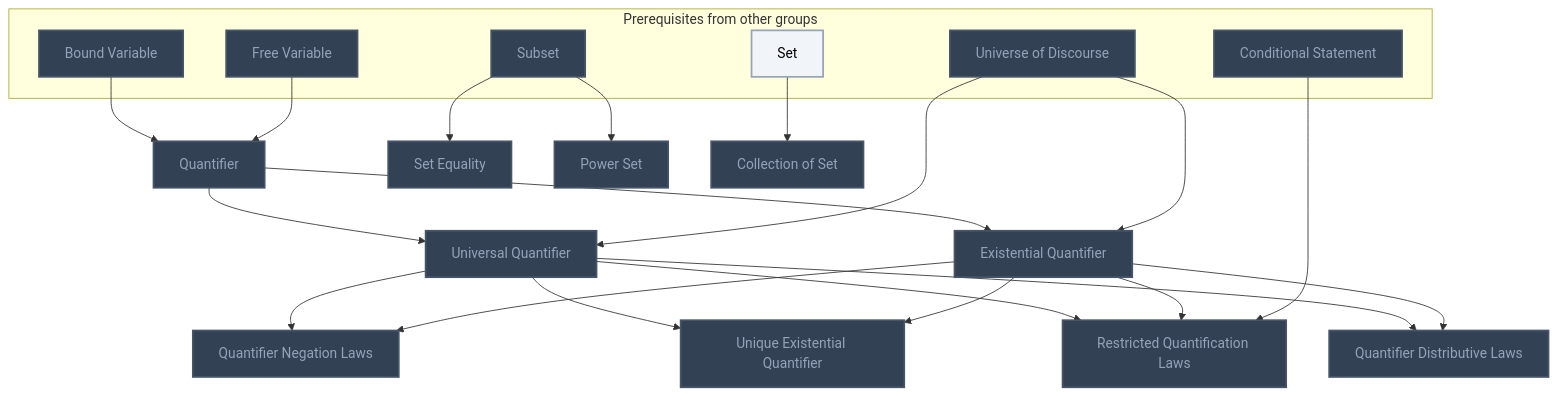
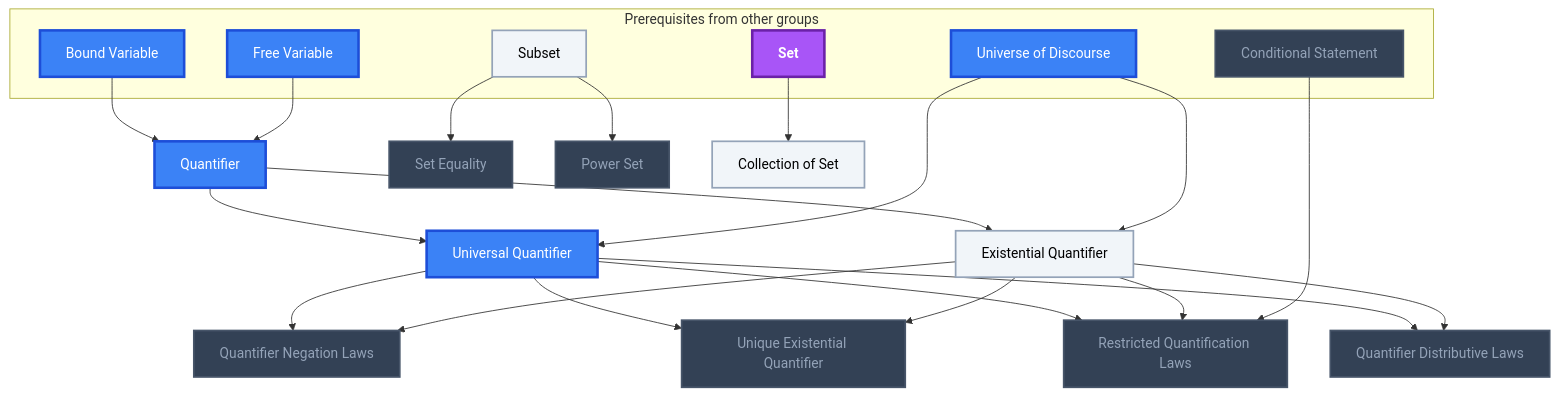
The second of 7 diagrams in Gamification/Skill Trees/Discrete Mathematics.md (MRauf1/My-Notes), drawn with Mermaid before and after one commit. The commit also changed other lines of this file and 156 other files, not shown here.

````diff
--- a/Gamification/Skill Trees/Discrete Mathematics.md
+++ b/Gamification/Skill Trees/Discrete Mathematics.md
@@ -114,51 +116,53 @@
 ```mermaid
 flowchart TD
     classDef planned fill:#1E293B,stroke:#64748B,stroke-width:2px,stroke-dasharray:5 5,color:#94A3B8;
     classDef locked fill:#334155,stroke:#475569,stroke-width:2px,color:#94A3B8;
     classDef L0 fill:#F1F5F9,stroke:#94A3B8,stroke-width:2px,color:#000000;
     classDef L1 fill:#22C55E,stroke:#15803D,stroke-width:2px,color:#000000;
     classDef L2 fill:#3B82F6,stroke:#1D4ED8,stroke-width:3px,color:#FFFFFF;
     classDef L3 fill:#A855F7,stroke:#6B21A8,stroke-width:3px,color:#FFFFFF,font-weight:bold;
     classDef L4 fill:#F97316,stroke:#C2410C,stroke-width:4px,color:#000000,font-weight:bold;
     classDef L5 fill:#FFD700,stroke:#FF8C00,stroke-width:5px,color:#000000,font-weight:bold;
     classDef rusty stroke:#8B4513,stroke-width:4px,stroke-dasharray:3 3;
     subgraph sg_prereqs["Prerequisites from other groups"]
         n_bound_variable["Bound Variable"]
         n_free_variable["Free Variable"]
         n_universe_of_discourse["Universe of Discourse"]
         n_conditional_statement["Conditional Statement"]
         n_subset["Subset"]
         n_set["Set"]
     end
     n_quantifier["Quantifier"]
     n_universal_quantifier["Universal Quantifier"]
     n_existential_quantifier["Existential Quantifier"]
     n_quantifier_negation_laws["Quantifier Negation Laws"]
     n_unique_existential_quantifier["Unique Existential Quantifier"]
     n_restricted_quantification_laws["Restricted Quantification Laws"]
     n_quantifier_distributive_laws["Quantifier Distributive Laws"]
     n_set_equality["Set Equality"]
     n_power_set["Power Set"]
     n_collection_of_set["Collection of Set"]
     n_bound_variable --> n_quantifier
     n_free_variable --> n_quantifier
     n_quantifier --> n_universal_quantifier
     n_universe_of_discourse --> n_universal_quantifier
     n_quantifier --> n_existential_quantifier
     n_universe_of_discourse --> n_existential_quantifier
     n_universal_quantifier --> n_quantifier_negation_laws
     n_existential_quantifier --> n_quantifier_negation_laws
     n_universal_quantifier --> n_unique_existential_quantifier
     n_existential_quantifier --> n_unique_existential_quantifier
     n_universal_quantifier --> n_restricted_quantification_laws
     n_existential_quantifier --> n_restricted_quantification_laws
     n_conditional_statement --> n_restricted_quantification_laws
     n_universal_quantifier --> n_quantifier_distributive_laws
     n_existential_quantifier --> n_quantifier_distributive_laws
     n_subset --> n_set_equality
     n_subset --> n_power_set
     n_set --> n_collection_of_set
-    class n_bound_variable,n_free_variable,n_universe_of_discourse,n_conditional_statement,n_subset,n_quantifier,n_universal_quantifier,n_existential_quantifier,n_quantifier_negation_laws,n_unique_existential_quantifier,n_restricted_quantification_laws,n_quantifier_distributive_laws,n_set_equality,n_power_set,n_collection_of_set locked;
-    class n_set L0;
+    class n_conditional_statement,n_quantifier_negation_laws,n_unique_existential_quantifier,n_restricted_quantification_laws,n_quantifier_distributive_laws,n_set_equality,n_power_set locked;
+    class n_subset,n_existential_quantifier,n_collection_of_set L0;
+    class n_bound_variable,n_free_variable,n_universe_of_discourse,n_quantifier,n_universal_quantifier L2;
+    class n_set L3;
     class n_bound_variable,n_free_variable,n_universe_of_discourse,n_conditional_statement,n_subset,n_set,n_quantifier,n_universal_quantifier,n_existential_quantifier,n_quantifier_negation_laws,n_unique_existential_quantifier,n_restricted_quantification_laws,n_quantifier_distributive_laws,n_set_equality,n_power_set,n_collection_of_set internal-link;
 ```
````
